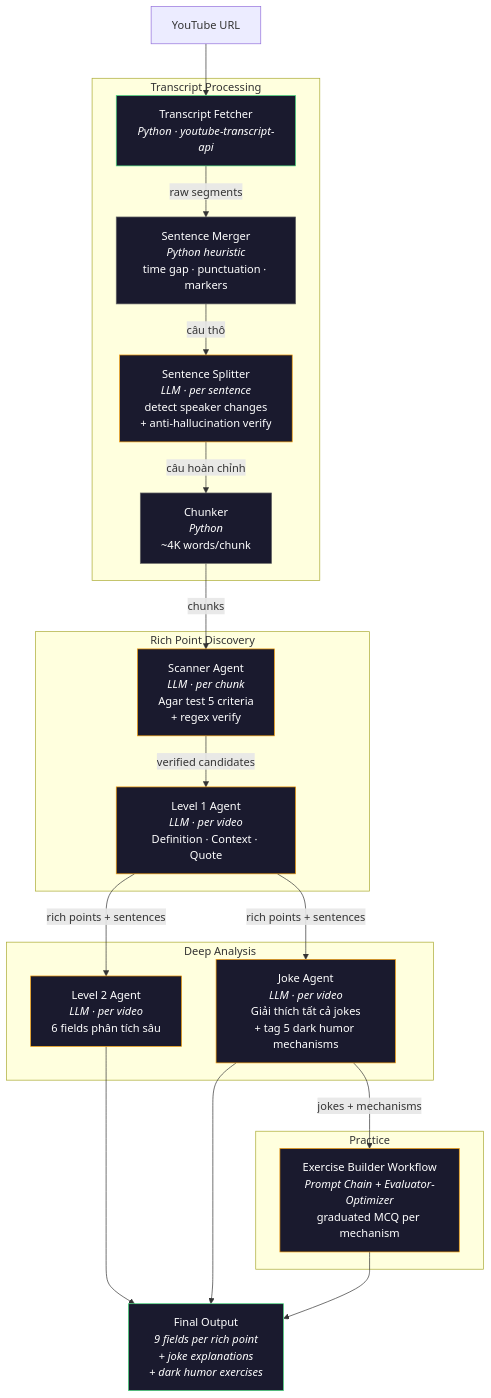
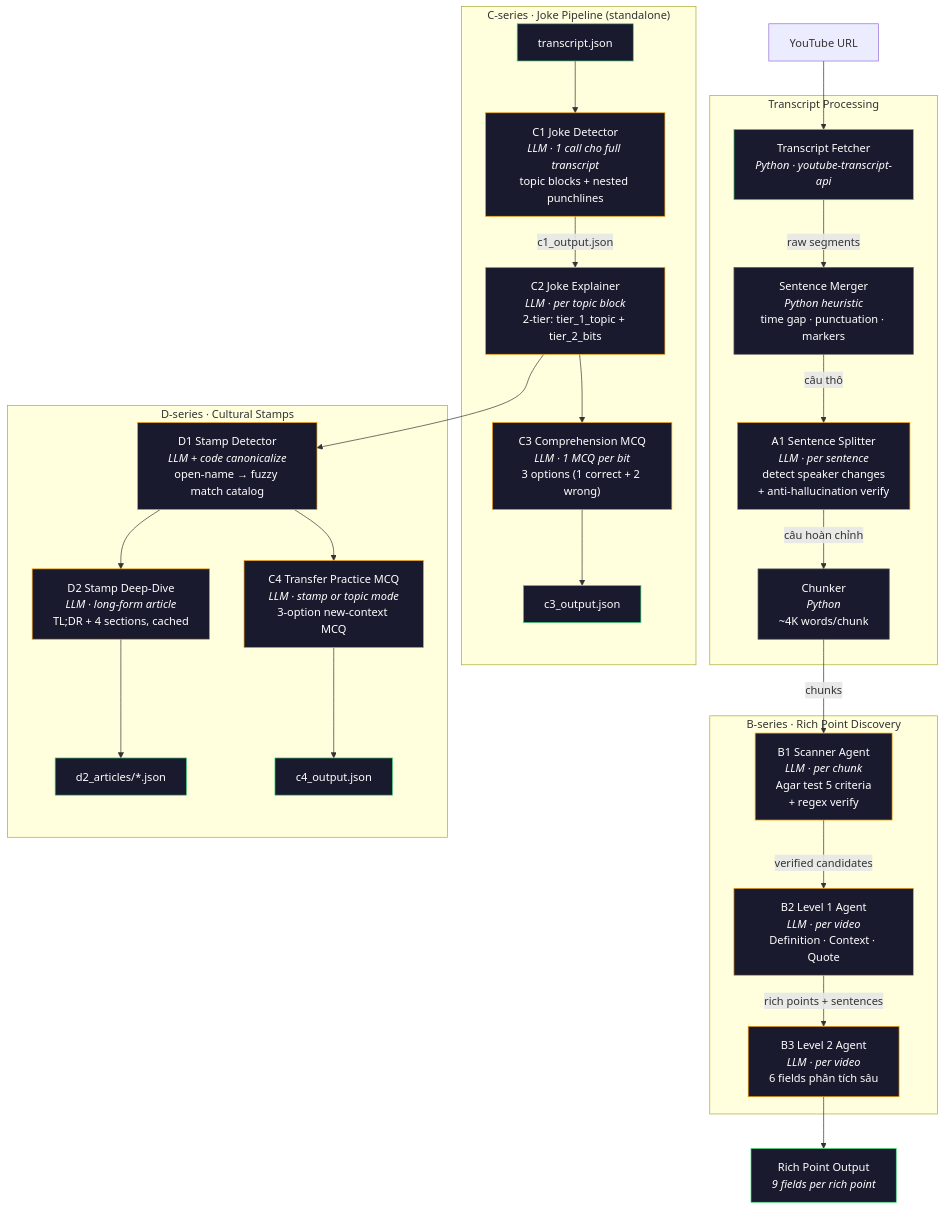
One commit to vietbach178-vn/ViVii-Agents changed the diagram in readme.md. Above: the diagram before and after it, drawn with Mermaid. The commit also changed other lines of this file and 73 other files, not shown here.

First line of the commit message:
Reorganize agents into A/B/C/D series + add C3/C4/D1/D2 practice agents

````diff
--- a/readme.md
+++ b/readme.md
@@ -9,40 +9,53 @@
 ```mermaid
 flowchart TD
     A["YouTube URL"] --> B
 
     subgraph Transcript Processing
         B["Transcript Fetcher\n<i>Python · youtube-transcript-api</i>"]
         B -->|raw segments| C["Sentence Merger\n<i>Python heuristic</i>\ntime gap · punctuation · markers"]
-        C -->|câu thô| D["Sentence Splitter\n<i>LLM · per sentence</i>\ndetect speaker changes\n+ anti-hallucination verify"]
+        C -->|câu thô| D["A1 Sentence Splitter\n<i>LLM · per sentence</i>\ndetect speaker changes\n+ anti-hallucination verify"]
         D -->|câu hoàn chỉnh| E["Chunker\n<i>Python</i>\n~4K words/chunk"]
     end
 
-    subgraph Rich Point Discovery
-        E -->|chunks| F["Scanner Agent\n<i>LLM · per chunk</i>\nAgar test 5 criteria\n+ regex verify"]
-        F -->|verified candidates| G["Level 1 Agent\n<i>LLM · per video</i>\nDefinition · Context · Quote"]
+    subgraph "B-series · Rich Point Discovery"
+        E -->|chunks| F["B1 Scanner Agent\n<i>LLM · per chunk</i>\nAgar test 5 criteria\n+ regex verify"]
+        F -->|verified candidates| G["B2 Level 1 Agent\n<i>LLM · per video</i>\nDefinition · Context · Quote"]
+        G -->|rich points + sentences| H["B3 Level 2 Agent\n<i>LLM · per video</i>\n6 fields phân tích sâu"]
     end
 
-    subgraph Deep Analysis
-        G -->|rich points + sentences| H["Level 2 Agent\n<i>LLM · per video</i>\n6 fields phân tích sâu"]
-        G -->|rich points + sentences| I["Joke Agent\n<i>LLM · per video</i>\nGiải thích tất cả jokes\n+ tag 5 dark humor mechanisms"]
+    H --> J["Rich Point Output\n<i>9 fields per rich point</i>"]
+
+    subgraph "C-series · Joke Pipeline (standalone)"
+        T["transcript.json"] --> C1["C1 Joke Detector\n<i>LLM · 1 call cho full transcript</i>\ntopic blocks + nested punchlines"]
+        C1 -->|c1_output.json| C2["C2 Joke Explainer\n<i>LLM · per topic block</i>\n2-tier: tier_1_topic + tier_2_bits"]
+        C2 --> C3["C3 Comprehension MCQ\n<i>LLM · 1 MCQ per bit</i>\n3 options (1 correct + 2 wrong)"]
+        C3 --> C4A["c3_output.json"]
     end
 
-    subgraph Practice
-        I -->|jokes + mechanisms| K["Exercise Builder Workflow\n<i>Prompt Chain + Evaluator-Optimizer</i>\ngraduated MCQ per mechanism"]
+    subgraph "D-series · Cultural Stamps"
+        C2 --> D1["D1 Stamp Detector\n<i>LLM + code canonicalize</i>\nopen-name → fuzzy match catalog"]
+        D1 --> D2["D2 Stamp Deep-Dive\n<i>LLM · long-form article</i>\nTL;DR + 4 sections, cached"]
+        D1 --> C4["C4 Transfer Practice MCQ\n<i>LLM · stamp or topic mode</i>\n3-option new-context MCQ"]
+        D2 --> D2A["d2_articles/*.json"]
+        C4 --> C4B["c4_output.json"]
     end
-
-    H --> J["Final Output\n<i>9 fields per rich point\n+ joke explanations\n+ dark humor exercises</i>"]
-    I --> J
-    K --> J
 
     style B fill:#1a1a2e,stroke:#4ade80,color:#fff
     style C fill:#1a1a2e,stroke:#666,color:#fff
     style D fill:#1a1a2e,stroke:#f59e0b,color:#fff
     style E fill:#1a1a2e,stroke:#666,color:#fff
     style F fill:#1a1a2e,stroke:#f59e0b,color:#fff
     style G fill:#1a1a2e,stroke:#f59e0b,color:#fff
     style H fill:#1a1a2e,stroke:#f59e0b,color:#fff
-    style I fill:#1a1a2e,stroke:#f59e0b,color:#fff
-    style K fill:#1a1a2e,stroke:#f59e0b,color:#fff
     style J fill:#1a1a2e,stroke:#4ade80,color:#fff
+    style T fill:#1a1a2e,stroke:#4ade80,color:#fff
+    style C1 fill:#1a1a2e,stroke:#f59e0b,color:#fff
+    style C2 fill:#1a1a2e,stroke:#f59e0b,color:#fff
+    style C3 fill:#1a1a2e,stroke:#f59e0b,color:#fff
+    style C4 fill:#1a1a2e,stroke:#f59e0b,color:#fff
+    style C4A fill:#1a1a2e,stroke:#4ade80,color:#fff
+    style C4B fill:#1a1a2e,stroke:#4ade80,color:#fff
+    style D1 fill:#1a1a2e,stroke:#f59e0b,color:#fff
+    style D2 fill:#1a1a2e,stroke:#f59e0b,color:#fff
+    style D2A fill:#1a1a2e,stroke:#4ade80,color:#fff
 ```
````
